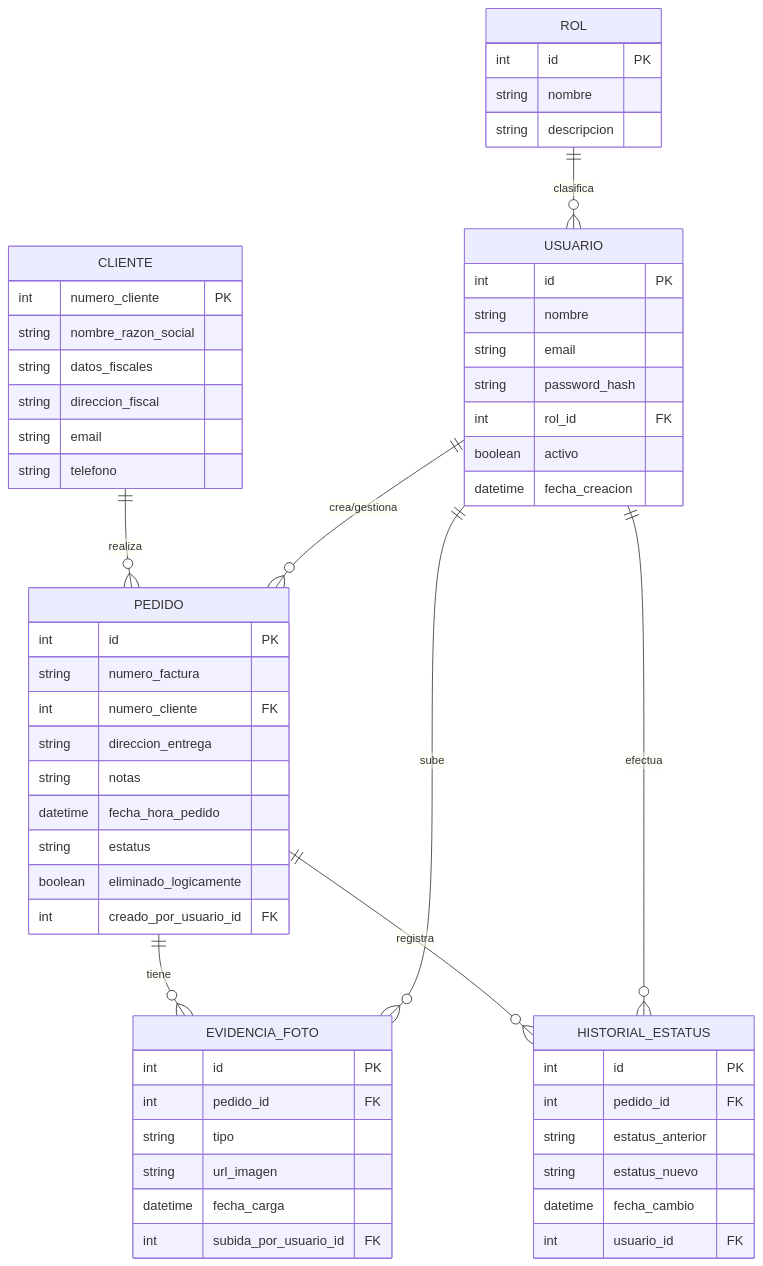
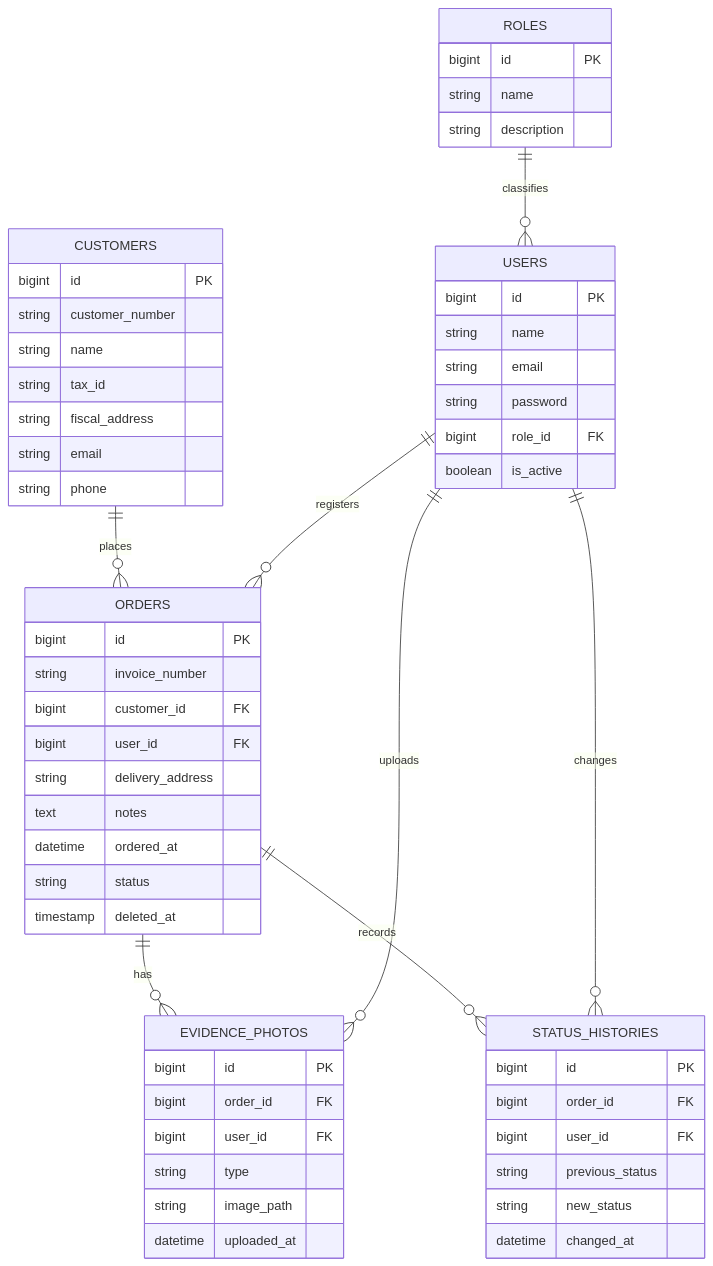
The diagram in README.md (frangmt046-lgtm/Evidencia1AplicacionesWeb), drawn with Mermaid before and after one commit. The commit also changed other lines of this file and 71 other files, not shown here.

````diff
--- a/README.md
+++ b/README.md
@@ -254,65 +23,65 @@
 ```mermaid
 erDiagram
-    ROL {
-        int id PK
-        string nombre
-        string descripcion
+    ROLES {
+        bigint id PK
+        string name
+        string description
     }
 
-    USUARIO {
-        int id PK
-        string nombre
+    USERS {
+        bigint id PK
+        string name
         string email
-        string password_hash
-        int rol_id FK
-        boolean activo
-        datetime fecha_creacion
+        string password
+        bigint role_id FK
+        boolean is_active
     }
 
-    CLIENTE {
-        int numero_cliente PK
-        string nombre_razon_social
-        string datos_fiscales
-        string direccion_fiscal
+    CUSTOMERS {
+        bigint id PK
+        string customer_number
+        string name
+        string tax_id
+        string fiscal_address
         string email
-        string telefono
+        string phone
     }
 
-    PEDIDO {
-        int id PK
-        string numero_factura
-        int numero_cliente FK
-        string direccion_entrega
-        string notas
-        datetime fecha_hora_pedido
-        string estatus
-        boolean eliminado_logicamente
-        int creado_por_usuario_id FK
+    ORDERS {
+        bigint id PK
+        string invoice_number
+        bigint customer_id FK
+        bigint user_id FK
+        string delivery_address
+        text notes
+        datetime ordered_at
+        string status
+        timestamp deleted_at
     }
 
-    EVIDENCIA_FOTO {
-        int id PK
-        int pedido_id FK
-        string tipo
-        string url_imagen
-        datetime fecha_carga
-        int subida_por_usuario_id FK
+    EVIDENCE_PHOTOS {
+        bigint id PK
+        bigint order_id FK
+        bigint user_id FK
+        string type
+        string image_path
+        datetime uploaded_at
     }
 
-    HISTORIAL_ESTATUS {
-        int id PK
-        int pedido_id FK
-        string estatus_anterior
-        string estatus_nuevo
-        datetime fecha_cambio
-        int usuario_id FK
+    STATUS_HISTORIES {
+        bigint id PK
+        bigint order_id FK
+        bigint user_id FK
+        string previous_status
+        string new_status
+        datetime changed_at
     }
 
-    ROL ||--o{ USUARIO : "clasifica"
-    CLIENTE ||--o{ PEDIDO : "realiza"
-    USUARIO ||--o{ PEDIDO : "crea/gestiona"
-    PEDIDO ||--o{ EVIDENCIA_FOTO : "tiene"
-    PEDIDO ||--o{ HISTORIAL_ESTATUS : "registra"
-    USUARIO ||--o{ EVIDENCIA_FOTO : "sube"
-    USUARIO ||--o{ HISTORIAL_ESTATUS : "efectua"
+    ROLES ||--o{ USERS : "classifies"
+    CUSTOMERS ||--o{ ORDERS : "places"
+    USERS ||--o{ ORDERS : "registers"
+    ORDERS ||--o{ EVIDENCE_PHOTOS : "has"
+    USERS ||--o{ EVIDENCE_PHOTOS : "uploads"
+    ORDERS ||--o{ STATUS_HISTORIES : "records"
+    USERS ||--o{ STATUS_HISTORIES : "changes"
 ```
````
